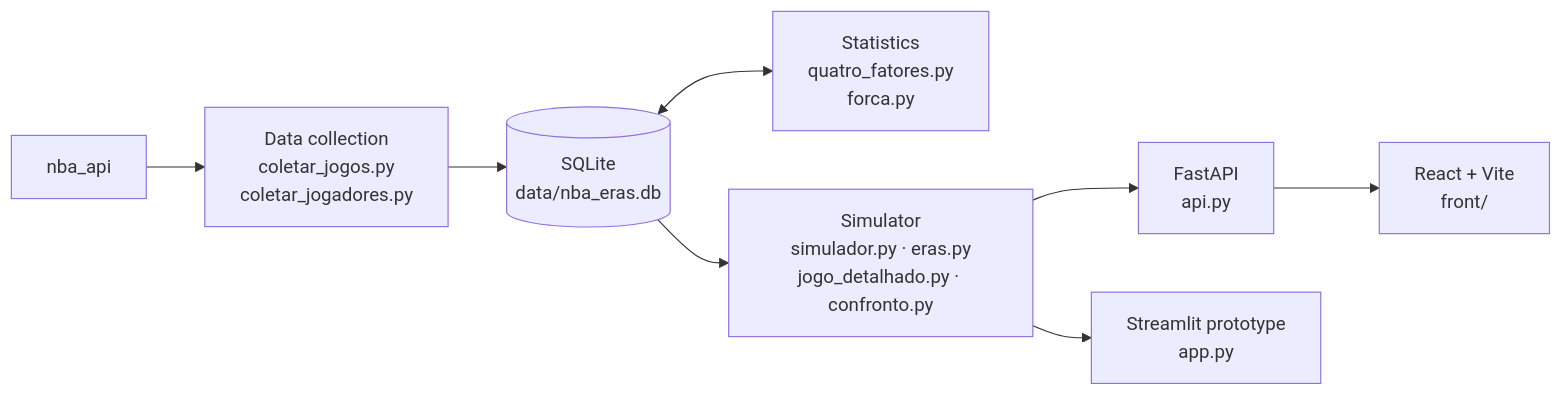
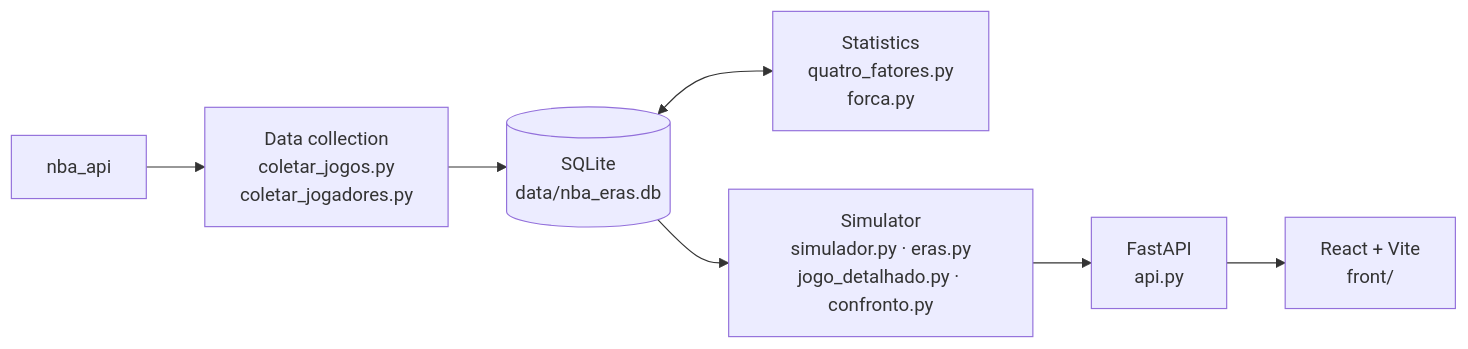
One commit to jpgomespnd/jogo-nba-eras changed the diagram in README.md. Above: the diagram before and after it, drawn with Mermaid. The commit also changed other lines of this file and 3 other files, not shown here.

````diff
--- a/README.md
+++ b/README.md
@@ -24,10 +24,9 @@
 ```mermaid
 flowchart LR
     nba["nba_api"] --> coleta["Data collection<br/>coletar_jogos.py<br/>coletar_jogadores.py"]
     coleta --> banco[("SQLite<br/>data/nba_eras.db")]
     banco <--> estat["Statistics<br/>quatro_fatores.py<br/>forca.py"]
     banco --> sim["Simulator<br/>simulador.py · eras.py<br/>jogo_detalhado.py · confronto.py"]
     sim --> api["FastAPI<br/>api.py"]
     api --> front["React + Vite<br/>front/"]
-    sim --> st["Streamlit prototype<br/>app.py"]
 ```
````
